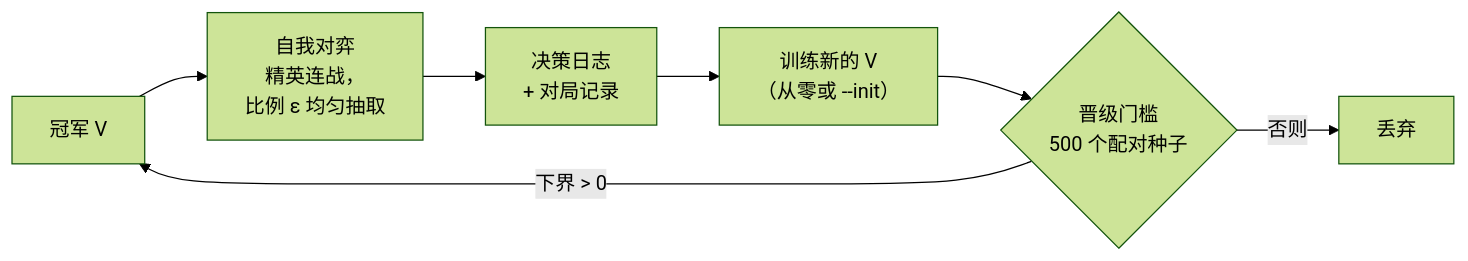
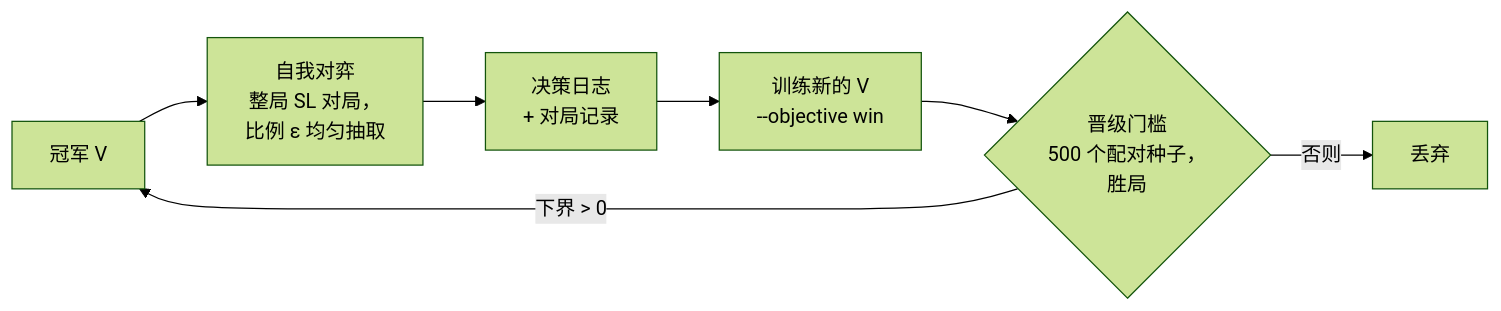
One commit to shinnku-nikaidou/spire-zero changed the diagram in docs/src/content/docs/arch/macro-brain/selfplay.mdx. Above: the diagram before and after it, drawn with Mermaid (forest theme). The commit also changed other lines of this file and 71 other files, not shown here.

````diff
--- a/docs/src/content/docs/arch/macro-brain/selfplay.mdx
+++ b/docs/src/content/docs/arch/macro-brain/selfplay.mdx
@@ -13,9 +13,9 @@
 ```mermaid
 flowchart LR
-  C["冠军 V"] --> P["自我对弈<br/>精英连战，<br/>比例 ε 均匀抽取"]
+  C["冠军 V"] --> P["自我对弈<br/>整局 SL 对局，<br/>比例 ε 均匀抽取"]
   P --> D["决策日志<br/>+ 对局记录"]
-  D --> T["训练新的 V<br/>（从零或 --init）"]
-  T --> G{"晋级门槛<br/>500 个配对种子"}
+  D --> T["训练新的 V<br/>--objective win"]
+  T --> G{"晋级门槛<br/>500 个配对种子，<br/>胜局"}
   G -->|"下界 > 0"| C
   G -->|"否则"| X["丢弃"]
 ```
````
